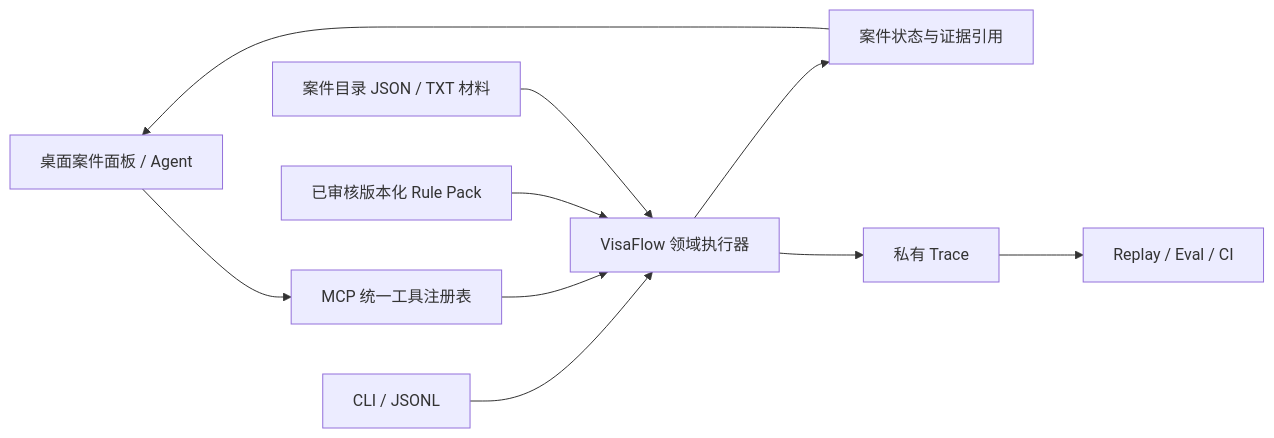
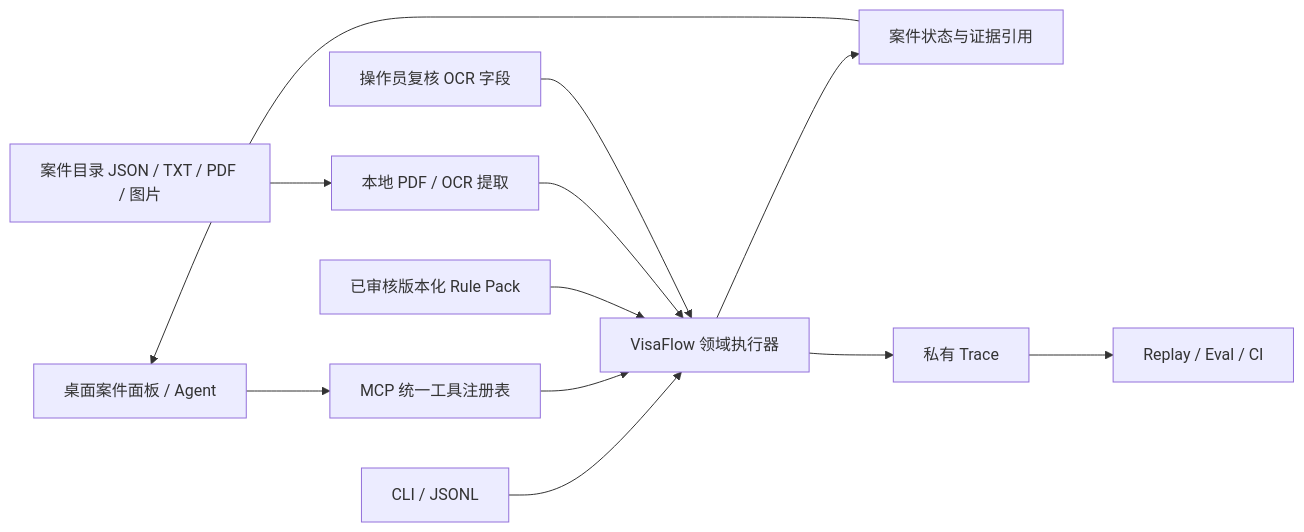
Before and after one commit to siye566/visaflow: the diagram in README.md, drawn with Mermaid. The commit also changed other lines of this file and 32 other files, not shown here.

Commit message:
Implement local PDF and OCR material evidence adapters

````diff
--- a/README.md
+++ b/README.md
@@ -95,12 +112,14 @@
 ```mermaid
 flowchart LR
     A[桌面案件面板 / Agent] --> B[MCP 统一工具注册表]
     C[CLI / JSONL] --> D[VisaFlow 领域执行器]
     B --> D
     R[已审核版本化 Rule Pack] --> D
-    F[案件目录 JSON / TXT 材料] --> D
+    F[案件目录 JSON / TXT / PDF / 图片] --> X[本地 PDF / OCR 提取]
+    X --> D
+    H[操作员复核 OCR 字段] --> D
     D --> S[案件状态与证据引用]
     D --> T[私有 Trace]
     T --> E[Replay / Eval / CI]
     S --> A
 ```
````
